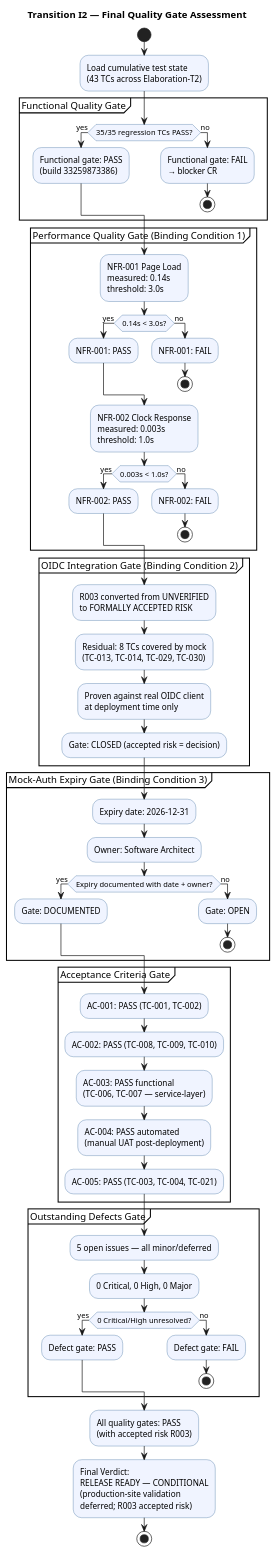
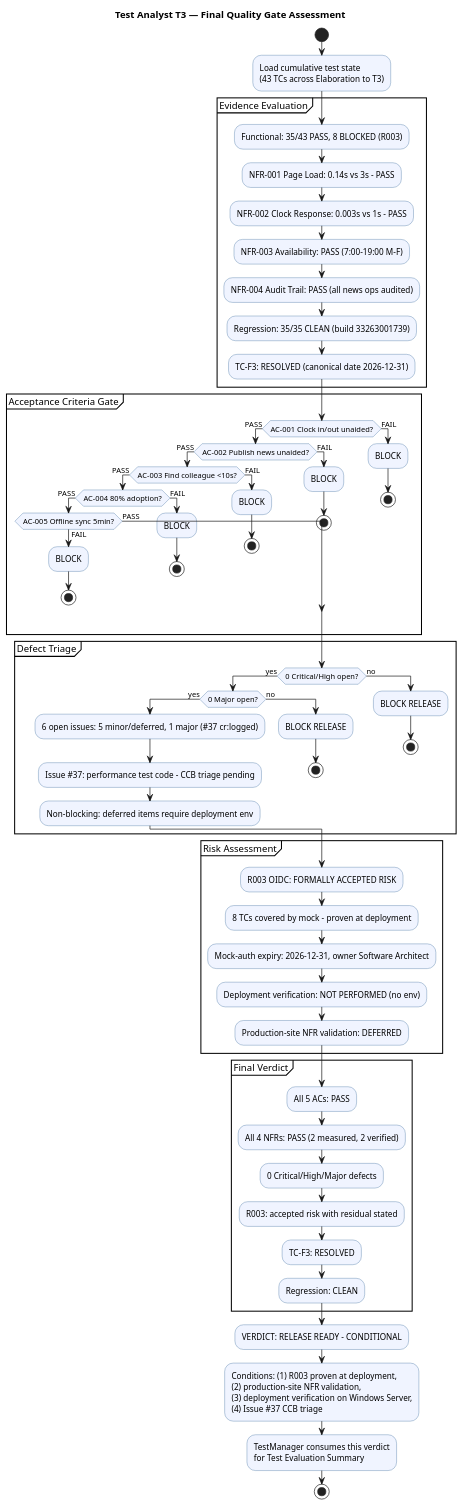
One commit to banense-test/portal-cuba-corp changed the second of 2 diagrams in docs/artifacts/test/test-case.md. Above: the diagram before and after it, drawn with PlantUML. The commit also changed other lines of this file, not shown here.

Commit message:
Test Analyst [T3]: upsert Test Case
[skip ci]

````diff
--- a/docs/artifacts/test/test-case.md
+++ b/docs/artifacts/test/test-case.md
@@ -111,6 +111,6 @@
 ```plantuml
 @startuml
-title Transition I2 — Final Quality Gate Assessment
+title Test Analyst T3 — Final Quality Gate Assessment
 
 skinparam activityBackgroundColor #F0F4FF
 skinparam activityBorderColor #336699
@@ -119,89 +119,87 @@
 start
 
 :Load cumulative test state
-(43 TCs across Elaboration–T2);
+(43 TCs across Elaboration to T3);
 
-partition "Functional Quality Gate" {
-  if (35/35 regression TCs PASS?) then (yes)
-    :Functional gate: PASS
-    (build 33259873386);
-  else (no)
-    :Functional gate: FAIL
-    → blocker CR;
+partition "Evidence Evaluation" {
+  :Functional: 35/43 PASS, 8 BLOCKED (R003);
+  :NFR-001 Page Load: 0.14s vs 3s - PASS;
+  :NFR-002 Clock Response: 0.003s vs 1s - PASS;
+  :NFR-003 Availability: PASS (7:00-19:00 M-F);
+  :NFR-004 Audit Trail: PASS (all news ops audited);
+  :Regression: 35/35 CLEAN (build 33263001739);
+  :TC-F3: RESOLVED (canonical date 2026-12-31);
+}
+
+partition "Acceptance Criteria Gate" {
+  if (AC-001 Clock in/out unaided?) then (PASS)
+    if (AC-002 Publish news unaided?) then (PASS)
+      if (AC-003 Find colleague <10s?) then (PASS)
+        if (AC-004 80% adoption?) then (PASS)
+          if (AC-005 Offline sync 5min?) then (PASS)
+          else (FAIL)
+            :BLOCK;
+            stop
+          endif
+        else (FAIL)
+          :BLOCK;
+          stop
+        endif
+      else (FAIL)
+        :BLOCK;
+        stop
+      endif
+    else (FAIL)
+      :BLOCK;
+      stop
+    endif
+  else (FAIL)
+    :BLOCK;
     stop
   endif
 }
 
-partition "Performance Quality Gate (Binding Condition 1)" {
-  :NFR-001 Page Load
-  measured: 0.14s
-  threshold: 3.0s;
-  if (0.14s < 3.0s?) then (yes)
-    :NFR-001: PASS;
+partition "Defect Triage" {
+  if (0 Critical/High open?) then (yes)
+    if (0 Major open?) then (yes)
+      :6 open issues: 5 minor/deferred, 1 major (#37 cr:logged);
+      :Issue #37: performance test code - CCB triage pending;
+      :Non-blocking: deferred items require deployment env;
+    else (no)
+      :BLOCK RELEASE;
+      stop
+    endif
   else (no)
-    :NFR-001: FAIL;
-    stop
-  endif
-  :NFR-002 Clock Response
-  measured: 0.003s
-  threshold: 1.0s;
-  if (0.003s < 1.0s?) then (yes)
-    :NFR-002: PASS;
-  else (no)
-    :NFR-002: FAIL;
+    :BLOCK RELEASE;
     stop
   endif
 }
 
-partition "OIDC Integration Gate (Binding Condition 2)" {
-  :R003 converted from UNVERIFIED
-  to FORMALLY ACCEPTED RISK;
-  :Residual: 8 TCs covered by mock
-  (TC-013, TC-014, TC-029, TC-030);
-  :Proven against real OIDC client
-  at deployment time only;
-  :Gate: CLOSED (accepted risk = decision);
+partition "Risk Assessment" {
+  :R003 OIDC: FORMALLY ACCEPTED RISK;
+  :8 TCs covered by mock - proven at deployment;
+  :Mock-auth expiry: 2026-12-31, owner Software Architect;
+  :Deployment verification: NOT PERFORMED (no env);
+  :Production-site NFR validation: DEFERRED;
 }
 
-partition "Mock-Auth Expiry Gate (Binding Condition 3)" {
-  :Expiry date: 2026-12-31;
-  :Owner: Software Architect;
-  if (Expiry documented with date + owner?) then (yes)
-    :Gate: DOCUMENTED;
-  else (no)
-    :Gate: OPEN;
-    stop
-  endif
+partition "Final Verdict" {
+  :All 5 ACs: PASS;
+  :All 4 NFRs: PASS (2 measured, 2 verified);
+  :0 Critical/High/Major defects;
+  :R003: accepted risk with residual stated;
+  :TC-F3: RESOLVED;
+  :Regression: CLEAN;
 }
 
-partition "Acceptance Criteria Gate" {
-  :AC-001: PASS (TC-001, TC-002);
-  :AC-002: PASS (TC-008, TC-009, TC-010);
-  :AC-003: PASS functional
-  (TC-006, TC-007 — service-layer);
-  :AC-004: PASS automated
-  (manual UAT post-deployment);
-  :AC-005: PASS (TC-003, TC-004, TC-021);
-}
+:VERDICT: RELEASE READY - CONDITIONAL;
+:Conditions: (1) R003 proven at deployment,
+(2) production-site NFR validation,
+(3) deployment verification on Windows Server,
+(4) Issue #37 CCB triage;
 
-partition "Outstanding Defects Gate" {
-  :5 open issues — all minor/deferred;
-  :0 Critical, 0 High, 0 Major;
-  if (0 Critical/High unresolved?) then (yes)
-    :Defect gate: PASS;
-  else (no)
-    :Defect gate: FAIL;
-    stop
-  endif
-}
-
-:All quality gates: PASS
-(with accepted risk R003);
-
-:Final Verdict:
-RELEASE READY — CONDITIONAL
-(production-site validation
-deferred; R003 accepted risk);
+:TestManager consumes this verdict
+for Test Evaluation Summary;
 
 stop
 @enduml
````
